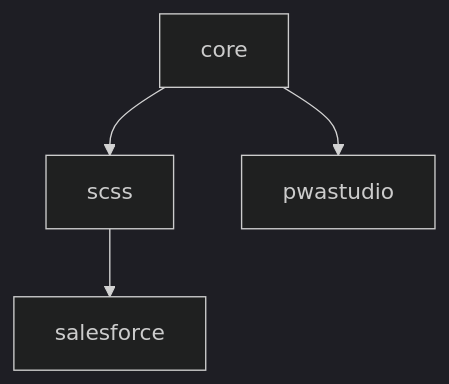
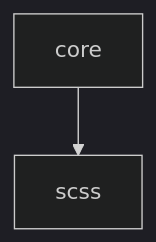
One commit to valtech-commerce/stylelint-config changed the diagram in README.md. Above: the diagram before and after it, drawn with Mermaid (dark theme). The commit also changed other lines of this file and 11 other files, not shown here.

Commit message:
Remove pwastudio, salesforce

````diff
--- a/README.md
+++ b/README.md
@@ -22,5 +20,4 @@
 ```mermaid
   graph TD;
-    core --> scss & pwastudio
-    scss --> salesforce
+    core --> scss
 ```
````
